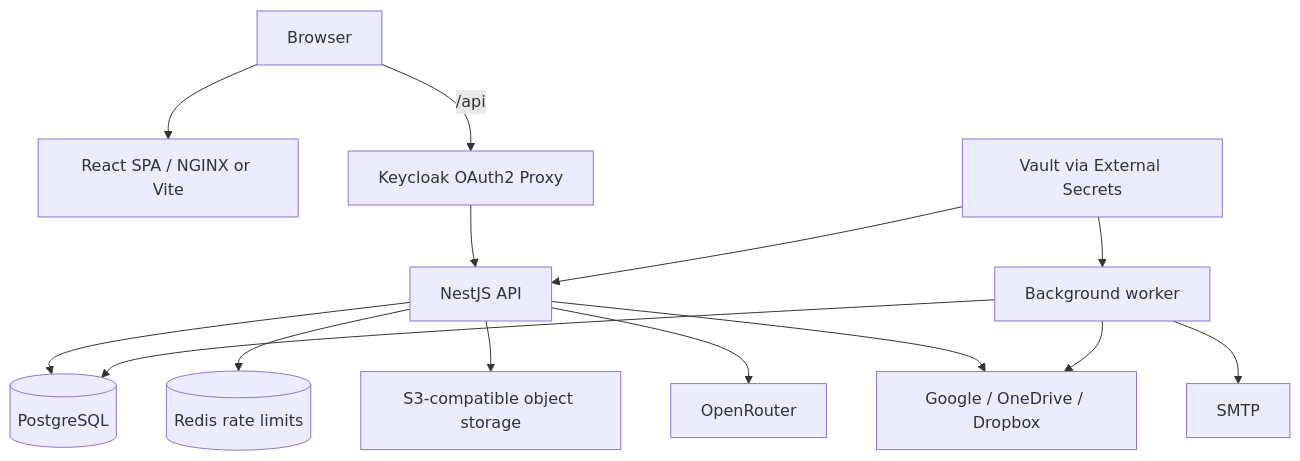
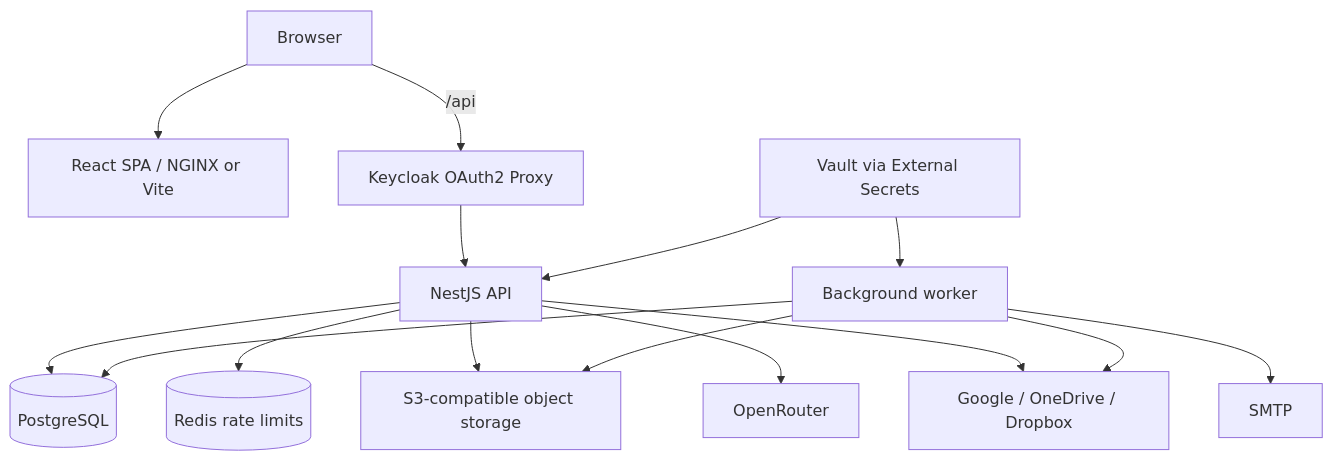
One commit to chefzaid/thoughty changed the first of 4 diagrams in docs/architecture.md. Above: the diagram before and after it, drawn with Mermaid. The commit also changed other lines of this file and 80 other files, not shown here.

````diff
--- a/docs/architecture.md
+++ b/docs/architecture.md
@@ -9,19 +9,20 @@
 ```mermaid
 flowchart TD
     Browser[Browser] --> Web[React SPA / NGINX or Vite]
     Browser -->|/api| Auth[Keycloak OAuth2 Proxy]
     Auth --> API[NestJS API]
 
     API --> Pg[(PostgreSQL)]
     API --> Redis[(Redis rate limits)]
     API --> S3[S3-compatible object storage]
     API --> OpenRouter[OpenRouter]
     API --> OAuth[Google / OneDrive / Dropbox]
 
     Worker[Background worker] --> Pg
     Worker --> OAuth
     Worker --> SMTP[SMTP]
+    Worker --> S3
 
     Vault[Vault via External Secrets] --> API
     Vault --> Worker
 ```
````
